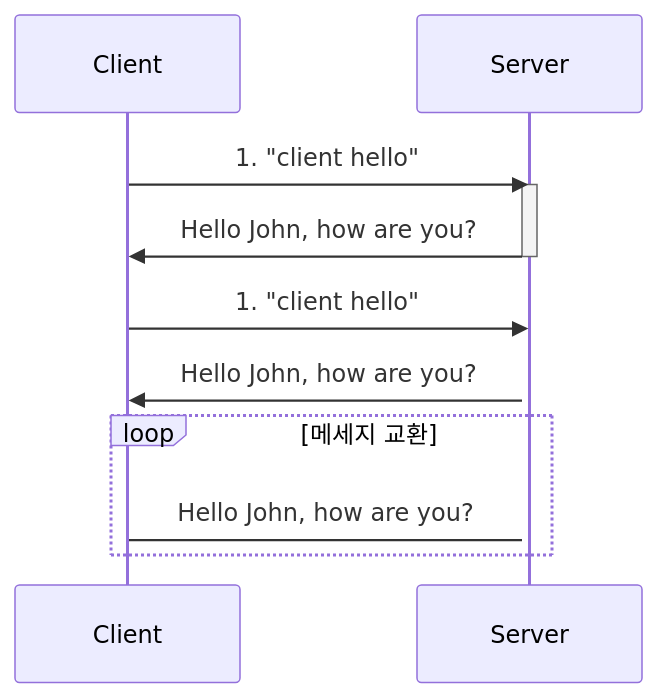
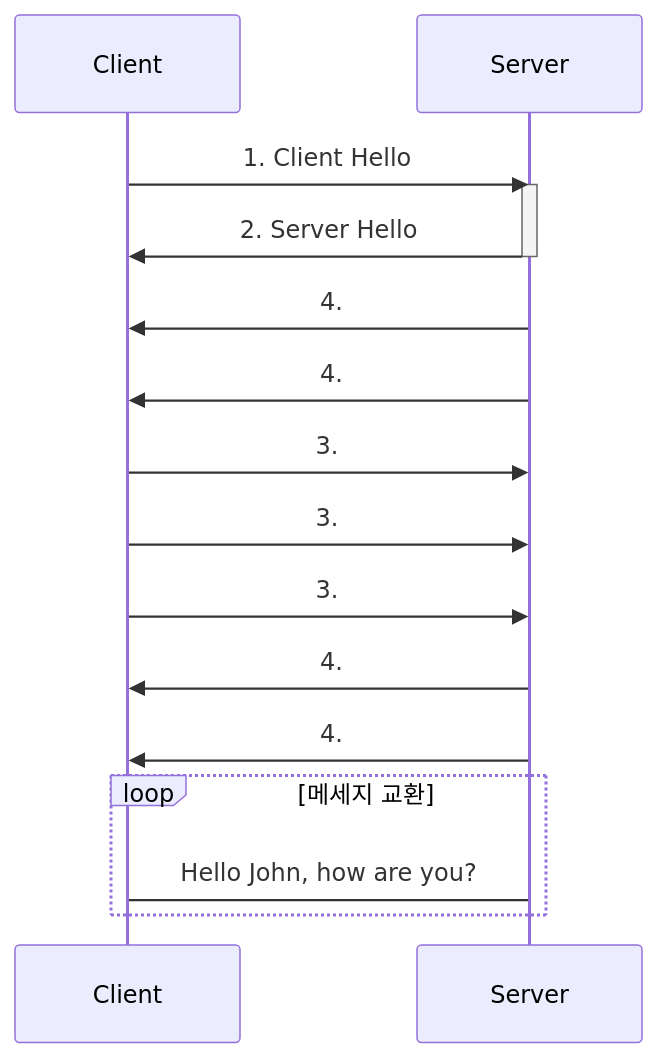
Before and after one commit to 1sonjm/1sonjm.github.io: the diagram in _posts/develop/etc/2019-02-12-TLS.md, drawn with Mermaid. The commit also changed other lines of this file, not shown here.

Commit message:
_posts/develop/etc/2019-02-12-TLS.md updated from https://stackedit.io/

````diff
--- a/_posts/develop/etc/2019-02-12-TLS.md
+++ b/_posts/develop/etc/2019-02-12-TLS.md
@@ -12,13 +12,17 @@
 ```mermaid
 sequenceDiagram
-    Client->>Server: 1. "client hello"
+    Client->>Server: 1. Client Hello
     activate Server
-    Server->>Client: Hello John, how are you?
+    Server->>Client: 2. Server Hello
     deactivate Server
-    Client->>Server: 1. "client hello"
-    activate Server
-    Server->>Client: Hello John, how are you?
+    Server->>Client: 4. 
+    Server->>Client: 4. 
+    Client->>Server: 3. 
+    Client->>Server: 3. 
+    Client->>Server: 3. 
+    Server->>Client: 4. 
+    Server->>Client: 4. 
     loop 메세지 교환
     Server->Client: Hello John, how are you?
     end
 ```
````
